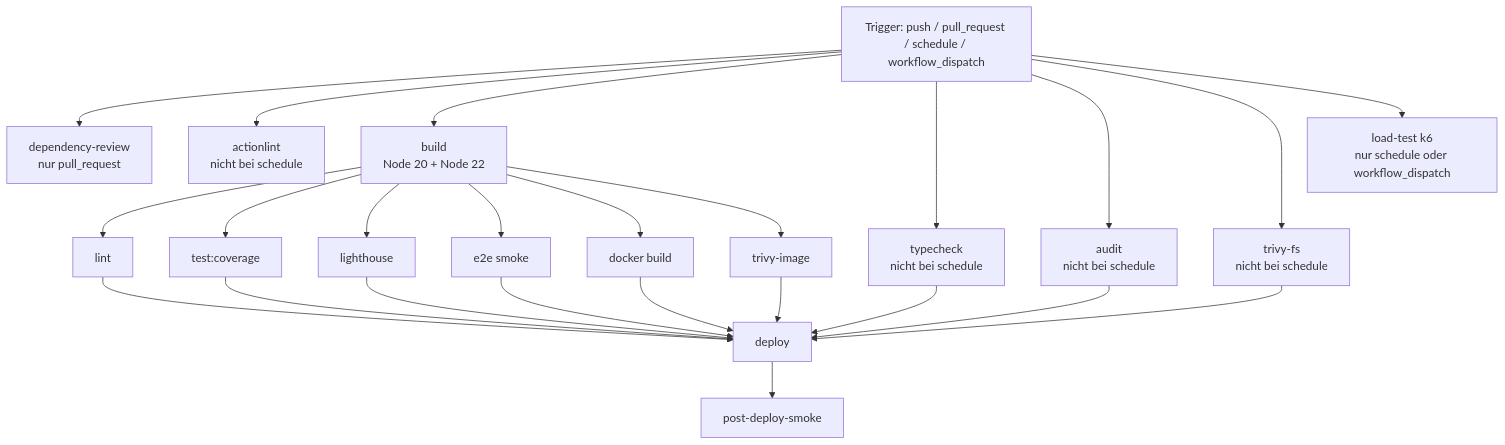
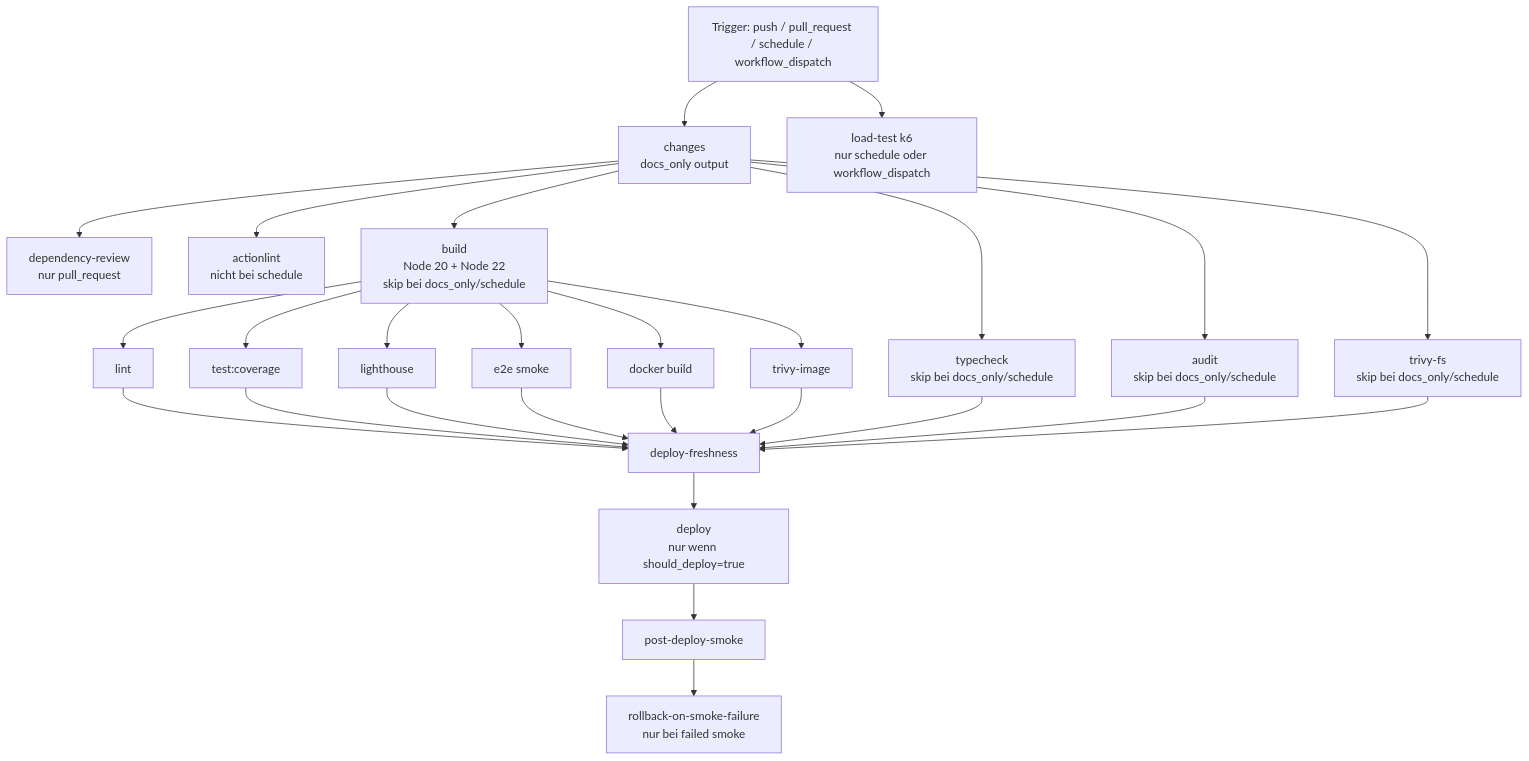
Before and after one commit to docmoritz/arsnova-eu: the diagram in docs/CI-WORKFLOW.md, drawn with Mermaid. The commit also changed other lines of this file, not shown here.

Commit message:
docs: sync CI workflow guide with current pipeline logic

````diff
--- a/docs/CI-WORKFLOW.md
+++ b/docs/CI-WORKFLOW.md
@@ -63,32 +63,35 @@
 ```mermaid
 flowchart TD
   A[Trigger: push / pull_request / schedule / workflow_dispatch]
+  A --> Z[changes<br/>docs_only output]
 
-  A --> B[dependency-review<br/>nur pull_request]
-  A --> C[actionlint<br/>nicht bei schedule]
-  A --> D[build<br/>Node 20 + Node 22]
-  A --> E[typecheck<br/>nicht bei schedule]
-  A --> F[audit<br/>nicht bei schedule]
-  A --> G[trivy-fs<br/>nicht bei schedule]
+  Z --> B[dependency-review<br/>nur pull_request]
+  Z --> C[actionlint<br/>nicht bei schedule]
+  Z --> D[build<br/>Node 20 + Node 22<br/>skip bei docs_only/schedule]
+  Z --> E[typecheck<br/>skip bei docs_only/schedule]
+  Z --> F[audit<br/>skip bei docs_only/schedule]
+  Z --> G[trivy-fs<br/>skip bei docs_only/schedule]
 
   D --> H[lint]
   D --> I[test:coverage]
   D --> J[lighthouse]
   D --> K[e2e smoke]
   D --> L[docker build]
   D --> M[trivy-image]
 
-  H --> N[deploy]
+  H --> N[deploy-freshness]
   I --> N
   J --> N
   K --> N
   L --> N
   E --> N
   F --> N
   G --> N
   M --> N
 
-  N --> O[post-deploy-smoke]
+  N --> O[deploy<br/>nur wenn should_deploy=true]
+  O --> P[post-deploy-smoke]
+  P --> Q[rollback-on-smoke-failure<br/>nur bei failed smoke]
 
-  A --> P[load-test k6<br/>nur schedule oder workflow_dispatch]
+  A --> R[load-test k6<br/>nur schedule oder workflow_dispatch]
 ```
````
